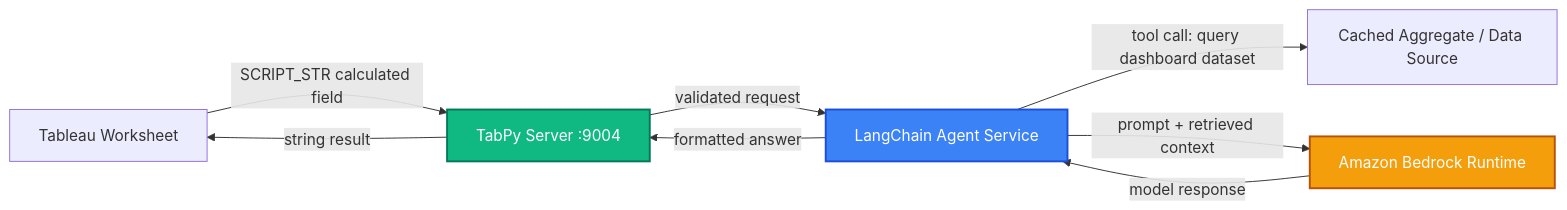
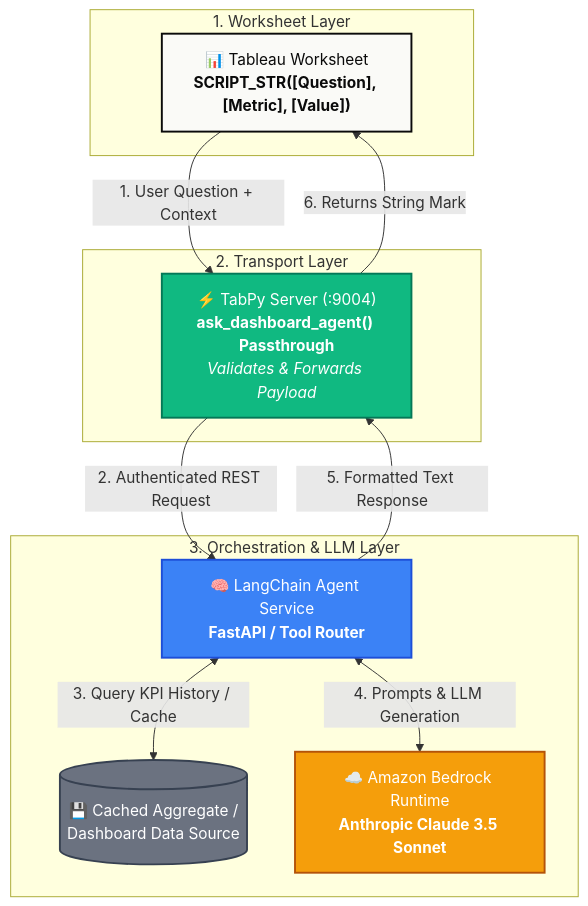
Before and after one commit to vyankur/vyankur.github.io: the diagram in content/insights/ai-in-tableau.md, drawn with Mermaid. The commit also changed 2 other files, not shown here.

Commit message:
Improve architecture diagram layout

````diff
--- a/content/insights/ai-in-tableau.md
+++ b/content/insights/ai-in-tableau.md
@@ -44,13 +44,29 @@
 ```mermaid
-graph LR
-    A["Tableau Worksheet"] -->|"SCRIPT_STR calculated field"| B["TabPy Server :9004"]
-    B -->|"validated request"| C["LangChain Agent Service"]
-    C -->|"tool call: query dashboard dataset"| D["Cached Aggregate / Data Source"]
-    C -->|"prompt + retrieved context"| E["Amazon Bedrock Runtime"]
-    E -->|"model response"| C
-    C -->|"formatted answer"| B
-    B -->|"string result"| A
-    style E fill:#F59E0B,stroke:#B45309,stroke-width:2px,color:#fff
-    style C fill:#3B82F6,stroke:#1D4ED8,stroke-width:2px,color:#fff
-    style B fill:#10B981,stroke:#047857,stroke-width:2px,color:#fff
+flowchart TD
+    subgraph Frontend["1. Worksheet Layer"]
+        A["📊 Tableau Worksheet<br/><b>SCRIPT_STR([Question], [Metric], [Value])</b>"]
+    end
+
+    subgraph Transport["2. Transport Layer"]
+        B["⚡ TabPy Server (:9004)<br/><b>ask_dashboard_agent() Passthrough</b><br/><i>Validates &amp; Forwards Payload</i>"]
+    end
+
+    subgraph Orchestration["3. Orchestration &amp; LLM Layer"]
+        C["🧠 LangChain Agent Service<br/><b>FastAPI / Tool Router</b>"]
+        D[("💾 Cached Aggregate /<br/>Dashboard Data Source")]
+        E["☁️ Amazon Bedrock Runtime<br/><b>Anthropic Claude 3.5 Sonnet</b>"]
+    end
+
+    A -->|"1. User Question + Context"| B
+    B -->|"2. Authenticated REST Request"| C
+    C <-->|"3. Query KPI History / Cache"| D
+    C <-->|"4. Prompts &amp; LLM Generation"| E
+    C -->|"5. Formatted Text Response"| B
+    B -->|"6. Returns String Mark"| A
+
+    style A fill:#FAFAF7,stroke:#0A0A0A,stroke-width:2px,color:#0A0A0A
+    style B fill:#10B981,stroke:#047857,stroke-width:2px,color:#ffffff
+    style C fill:#3B82F6,stroke:#1D4ED8,stroke-width:2px,color:#ffffff
+    style D fill:#6B7280,stroke:#374151,stroke-width:2px,color:#ffffff
+    style E fill:#F59E0B,stroke:#B45309,stroke-width:2px,color:#ffffff
 ```
````
